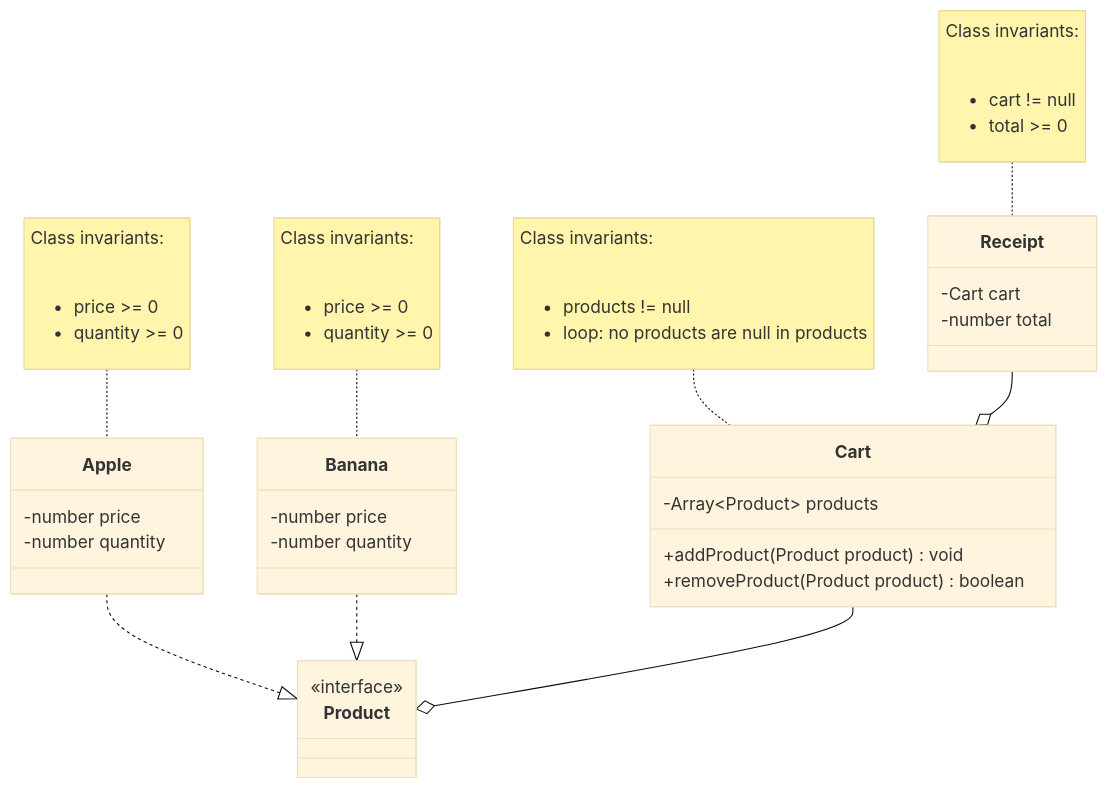
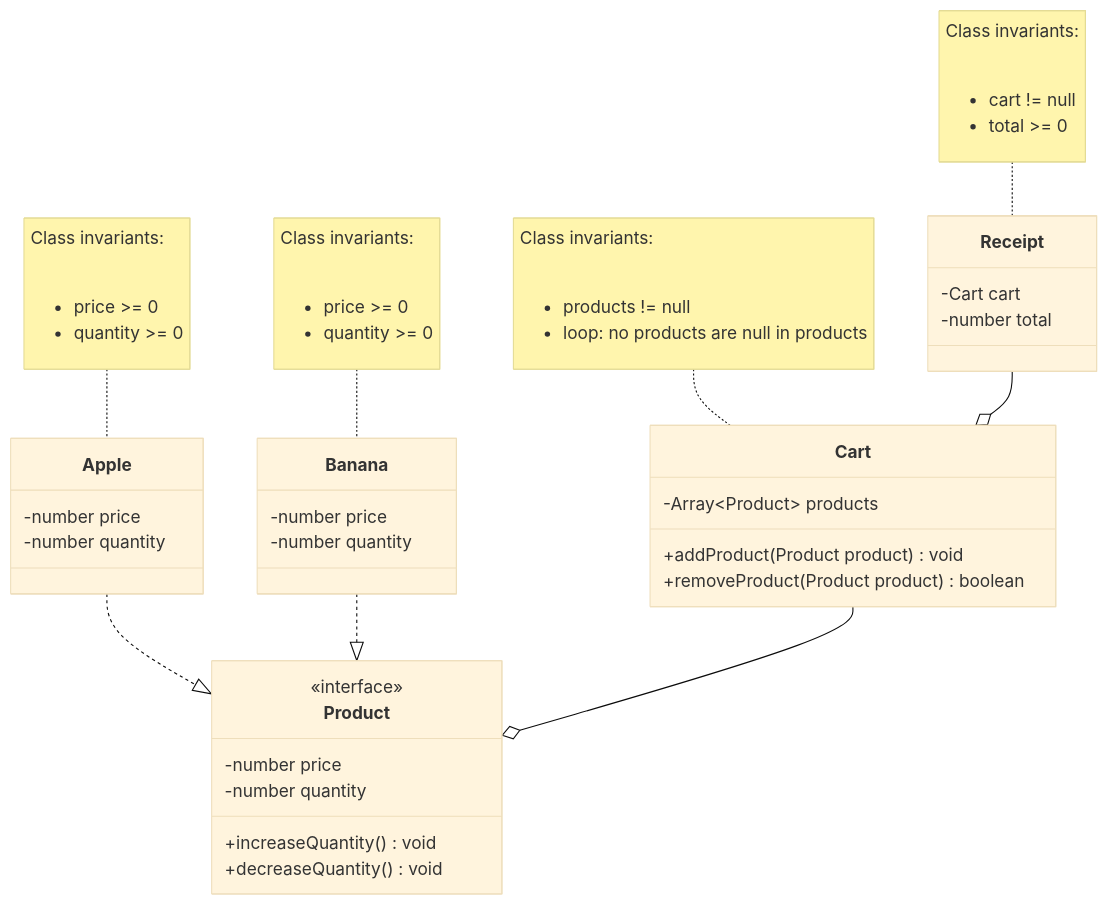
One commit to samanthaegilson/COMP-2452 changed the diagram in 2452-pos/domain.md. Above: the diagram before and after it, drawn with Mermaid (base theme). The commit also changed 16 other files, not shown here.

````diff
--- a/2452-pos/domain.md
+++ b/2452-pos/domain.md
@@ -9,52 +9,57 @@
 ```mermaid
 classDiagram
   class Product {
     <<interface>>
+    -number price
+    -number quantity
+
+    +increaseQuantity() void
+    +decreaseQuantity() void
   }
 
   class Apple {
     -number price
     -number quantity
   }
   Apple ..|> Product
 
   note for Apple "Class invariants:  <ul>
     <li> price >= 0
     <li> quantity >= 0
     </ul>"
 
   class Banana {
     -number price
     -number quantity
   }
   Banana ..|> Product
 
   note for Banana "Class invariants:  <ul>
     <li> price >= 0
     <li> quantity >= 0
     </ul>"
 
   class Cart {
     -Array~Product~ products
 
     +addProduct(Product product) void
     +removeProduct(Product product) boolean
   }
   Cart --o Product
 
   note for Cart "Class invariants:  <ul>
     <li> products != null
     <li> loop: no products are null in products
     </ul>"
 
   class Receipt {
     -Cart cart
     -number total
   }
   Receipt --o Cart
 
   note for Receipt "Class invariants:  <ul>
     <li> cart != null
     <li> total >= 0
     </ul>"
 ```
````
